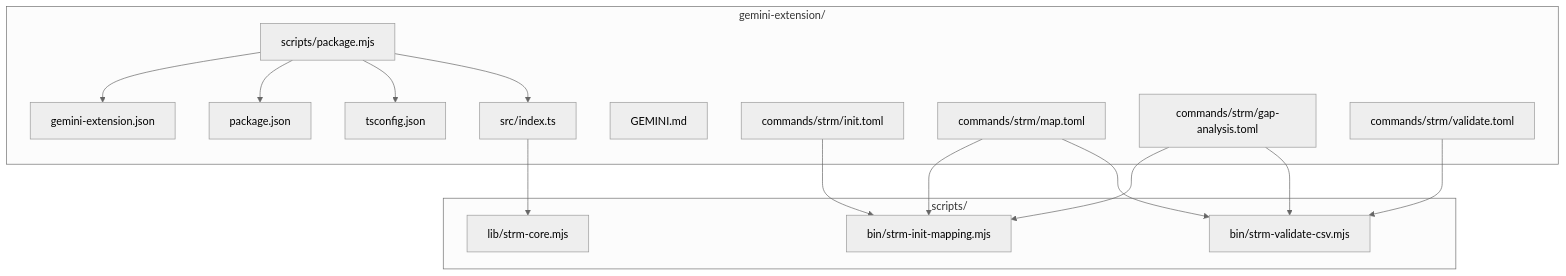
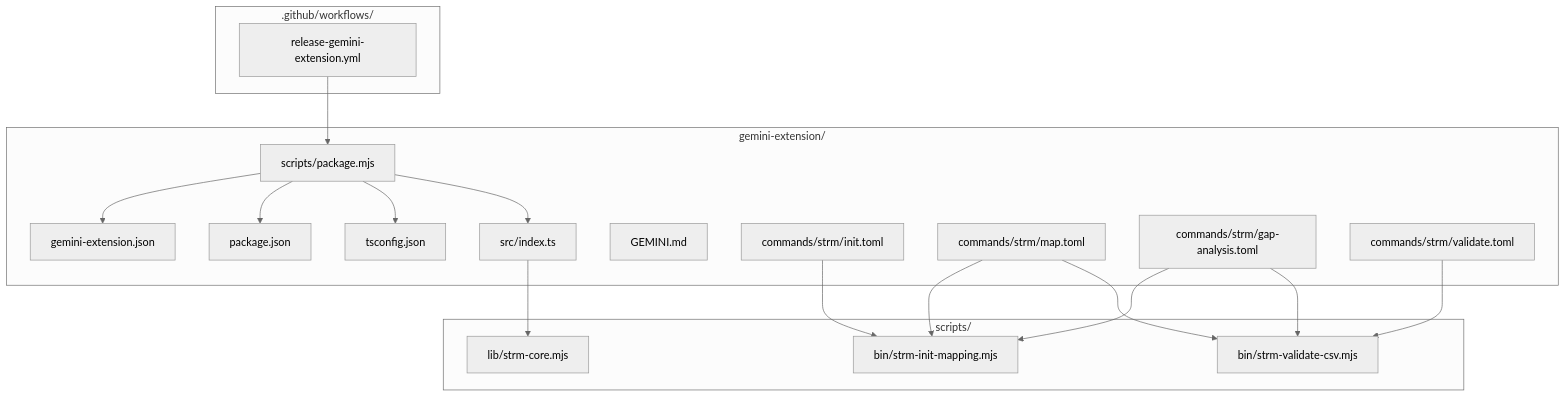
The first of 8 diagrams in .qoder/repowiki/en/content/Gemini CLI Extension and MCP Tools/Gemini CLI Extension and MCP Tools.md (austinsonger/GRC-Mapping-Analyst), drawn with Mermaid (neutral theme) before and after one commit. The commit also changed other lines of this file and 13 other files, not shown here.

````diff
--- a/.qoder/repowiki/en/content/Gemini CLI Extension and MCP Tools/Gemini CLI Extension and MCP Tools.md
+++ b/.qoder/repowiki/en/content/Gemini CLI Extension and MCP Tools/Gemini CLI Extension and MCP Tools.md
@@ -40,31 +49,35 @@
 ```mermaid
 graph TB
 subgraph "gemini-extension/"
 A_pkg["package.json"]
 A_ts["tsconfig.json"]
 A_src["src/index.ts"]
 A_manifest["gemini-extension.json"]
 A_readme["GEMINI.md"]
 A_cmd_init["commands/strm/init.toml"]
 A_cmd_map["commands/strm/map.toml"]
 A_cmd_gap["commands/strm/gap-analysis.toml"]
 A_cmd_val["commands/strm/validate.toml"]
 A_scripts["scripts/package.mjs"]
 end
 subgraph "scripts/"
 S_bin_init["bin/strm-init-mapping.mjs"]
 S_bin_val["bin/strm-validate-csv.mjs"]
 S_lib_core["lib/strm-core.mjs"]
 end
+subgraph ".github/workflows/"
+W_release["release-gemini-extension.yml"]
+end
 A_src --> S_lib_core
 A_cmd_map --> S_bin_init
 A_cmd_map --> S_bin_val
 A_cmd_init --> S_bin_init
 A_cmd_val --> S_bin_val
 A_cmd_gap --> S_bin_init
 A_cmd_gap --> S_bin_val
 A_scripts --> A_manifest
 A_scripts --> A_pkg
 A_scripts --> A_ts
 A_scripts --> A_src
+W_release --> A_scripts
 ```
````
